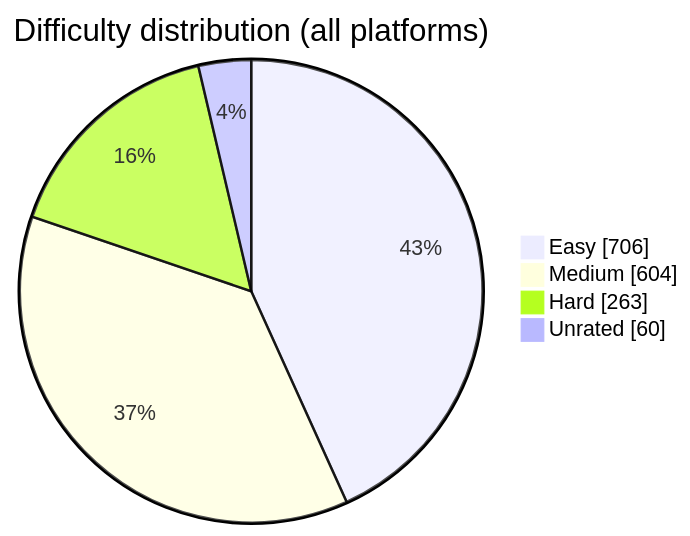
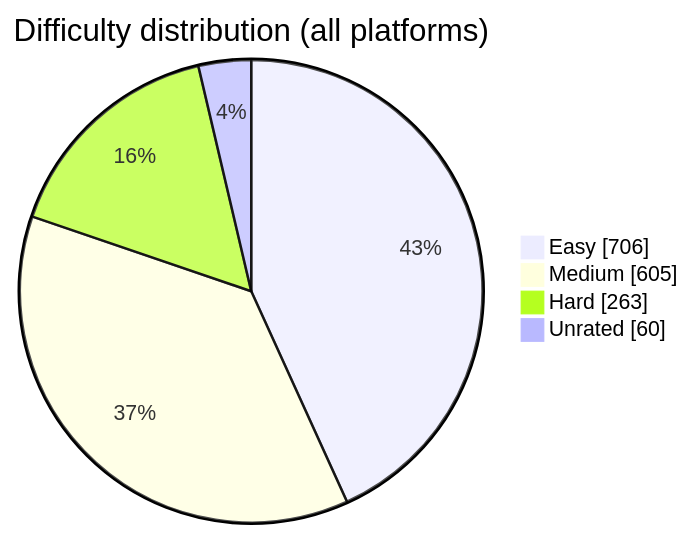
The diagram in README.md (BuildbyArindam/Daily-Coding-Log), drawn with Mermaid before and after one commit. The commit also changed other lines of this file, not shown here.

````diff
--- a/README.md
+++ b/README.md
@@ -93,7 +93,7 @@
 ```mermaid
 pie showData title Difficulty distribution (all platforms)
     "Easy" : 706
-    "Medium" : 604
+    "Medium" : 605
     "Hard" : 263
     "Unrated" : 60
 ```
````
